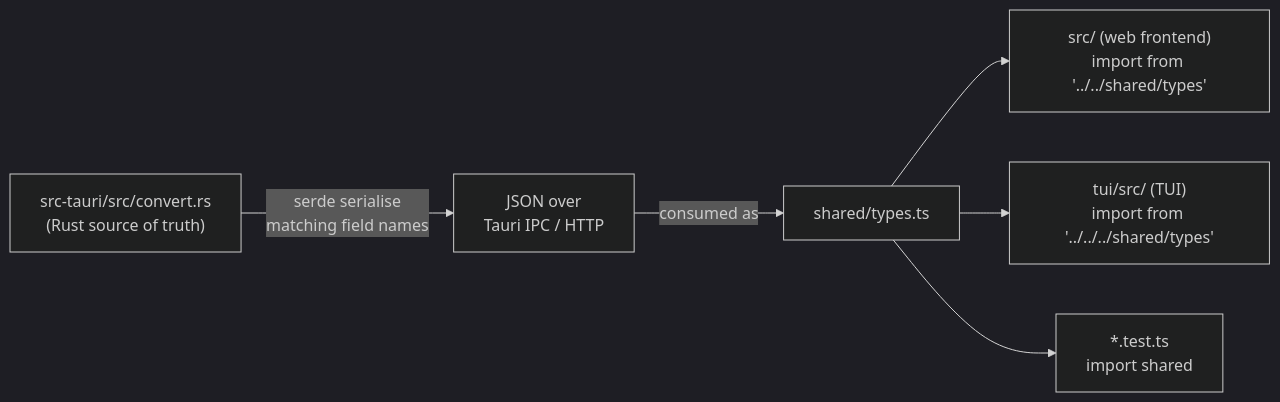
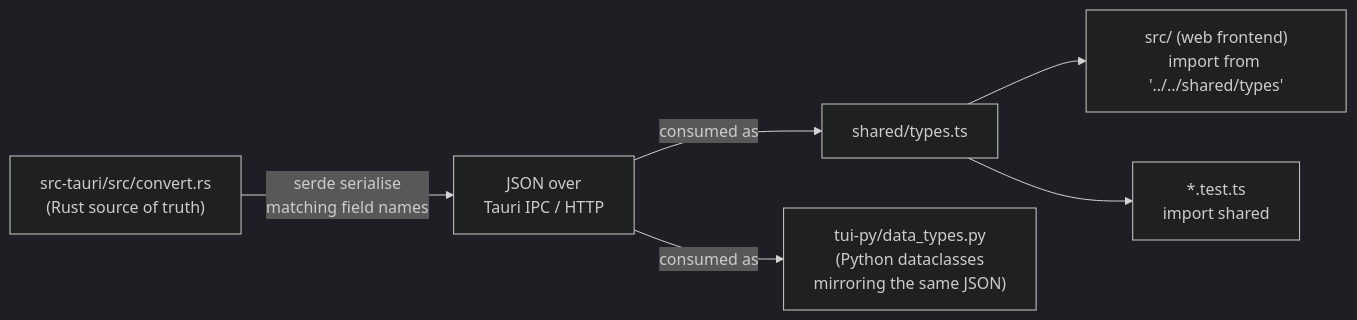
The third of 3 diagrams in specs/07-data-types.md (delexw/claude-code-trace), drawn with Mermaid (dark theme) before and after one commit. The commit also changed other lines of this file and 72 other files, not shown here.

First line of the commit message:
feat(tui-py): migrate TUI to Python/Textual; add tests + polish

````diff
--- a/specs/07-data-types.md
+++ b/specs/07-data-types.md
@@ -243,10 +243,11 @@
 ```mermaid
 flowchart LR
     SHARED["shared/types.ts"]
     SHARED --> WEB["src/ (web frontend)\nimport from '../../shared/types'"]
-    SHARED --> TUI["tui/src/ (TUI)\nimport from '../../../shared/types'"]
     SHARED --> TESTS["*.test.ts\nimport shared"]
+    PYTYPES["tui-py/data_types.py\n(Python dataclasses\nmirroring the same JSON)"]
 
     RUST["src-tauri/src/convert.rs\n(Rust source of truth)"] -->|"serde serialise\nmatching field names"| JSON["JSON over\nTauri IPC / HTTP"]
     JSON -->|"consumed as"| SHARED
+    JSON -->|"consumed as"| PYTYPES
 ```
````
